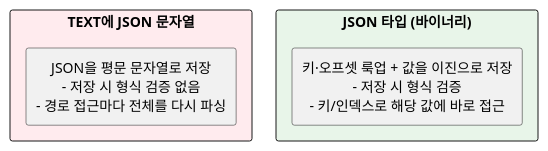
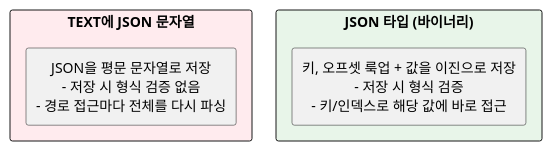
Before and after one commit to johnycho/johny-dev: the second of 2 diagrams in blog/2026-10-07-mysql-column-types-storage.mdx, drawn with PlantUML. The commit also changed other lines of this file and 188 other files, not shown here.

````diff
--- a/blog/2026-10-07-mysql-column-types-storage.mdx
+++ b/blog/2026-10-07-mysql-column-types-storage.mdx
@@ -125,13 +125,13 @@
 ```plantuml
 @startuml
 skinparam defaultTextAlignment center
 skinparam shadowing false
 
 rectangle "TEXT에 JSON 문자열" as T #FFEBEE {
   rectangle "JSON을 평문 문자열로 저장\n- 저장 시 형식 검증 없음\n- 경로 접근마다 전체를 다시 파싱" as T1
 }
 rectangle "JSON 타입 (바이너리)" as J #E8F5E9 {
-  rectangle "키·오프셋 룩업 + 값을 이진으로 저장\n- 저장 시 형식 검증\n- 키/인덱스로 해당 값에 바로 접근" as J1
+  rectangle "키, 오프셋 룩업 + 값을 이진으로 저장\n- 저장 시 형식 검증\n- 키/인덱스로 해당 값에 바로 접근" as J1
 }
 @enduml
 ```
````
